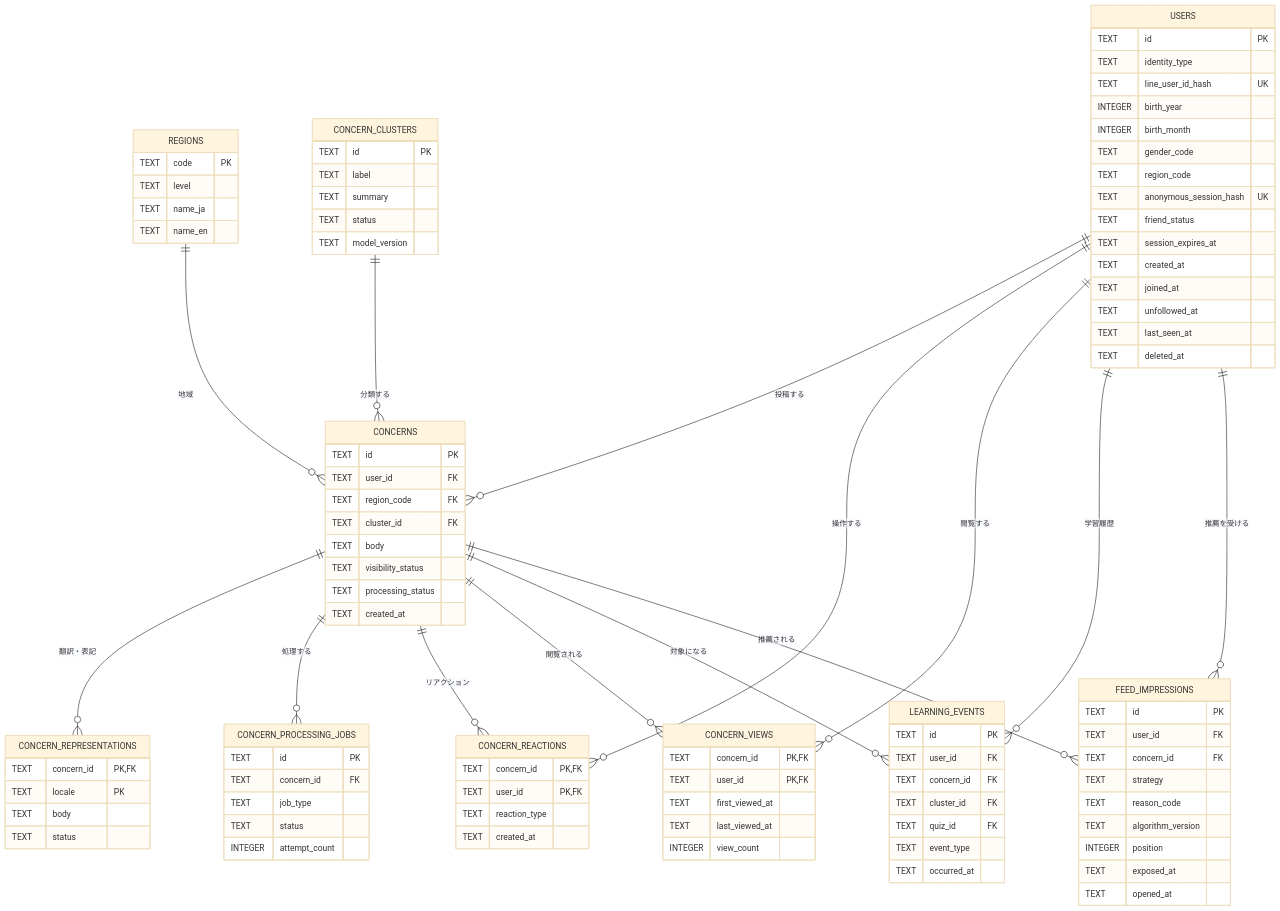
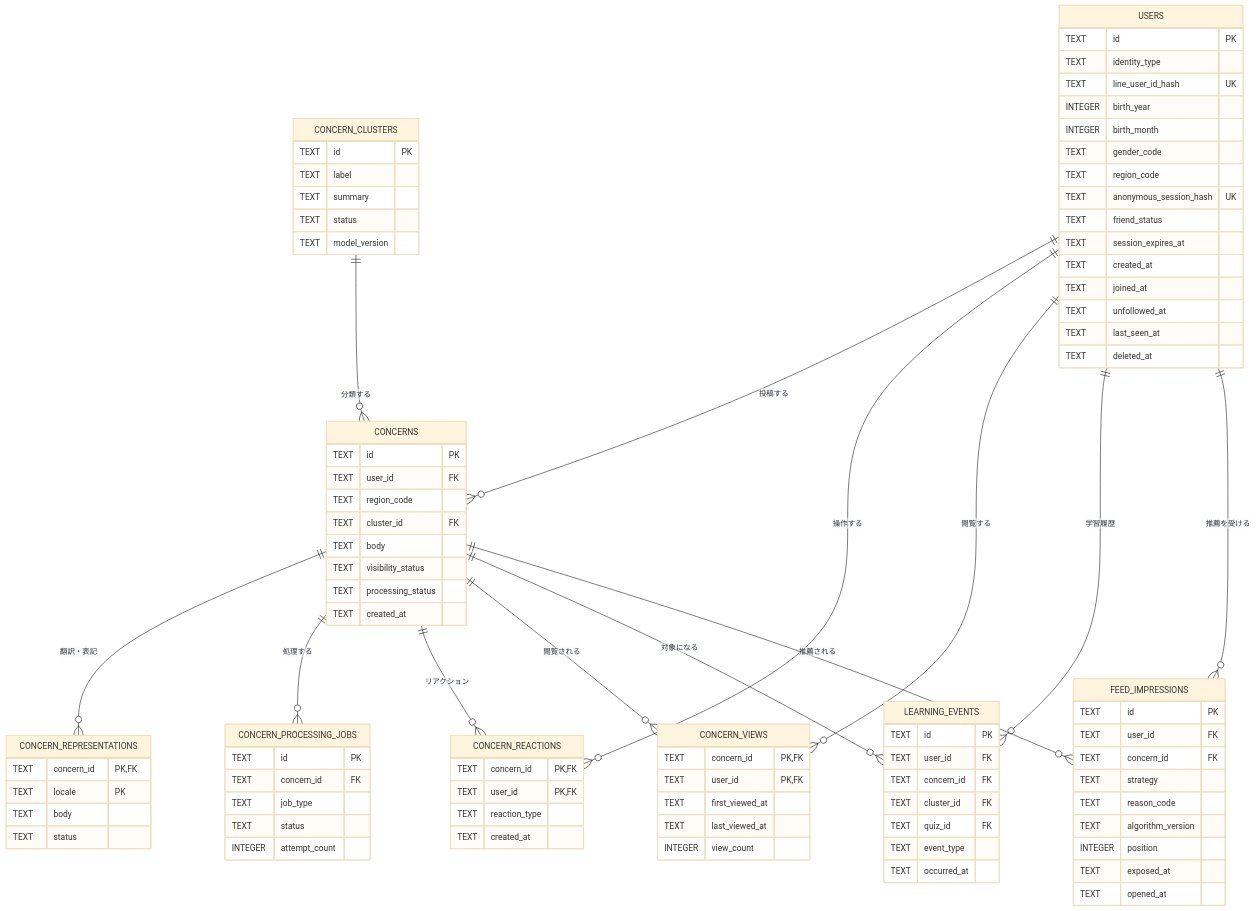
The first of 3 diagrams in docs/technical/database.md (Digix00/58-Hackathon-202609), drawn with Mermaid (base theme) before and after one commit. The commit also changed other lines of this file and 11 other files, not shown here.

````diff
--- a/docs/technical/database.md
+++ b/docs/technical/database.md
@@ -60,7 +60,6 @@
 ```mermaid
 erDiagram
   USERS ||--o{ CONCERNS : "投稿する"
-  REGIONS ||--o{ CONCERNS : "地域"
   CONCERN_CLUSTERS ||--o{ CONCERNS : "分類する"
   CONCERNS ||--o{ CONCERN_REPRESENTATIONS : "翻訳・表記"
   CONCERNS ||--o{ CONCERN_PROCESSING_JOBS : "処理する"
@@ -91,17 +90,10 @@
     TEXT deleted_at
   }
 
-  REGIONS {
-    TEXT code PK
-    TEXT level
-    TEXT name_ja
-    TEXT name_en
-  }
-
   CONCERNS {
     TEXT id PK
     TEXT user_id FK
-    TEXT region_code FK
+    TEXT region_code
     TEXT cluster_id FK
     TEXT body
     TEXT visibility_status
````
